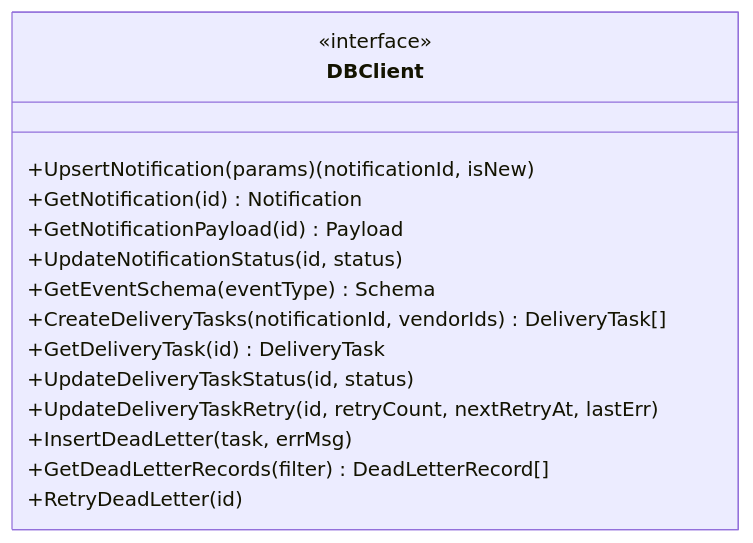
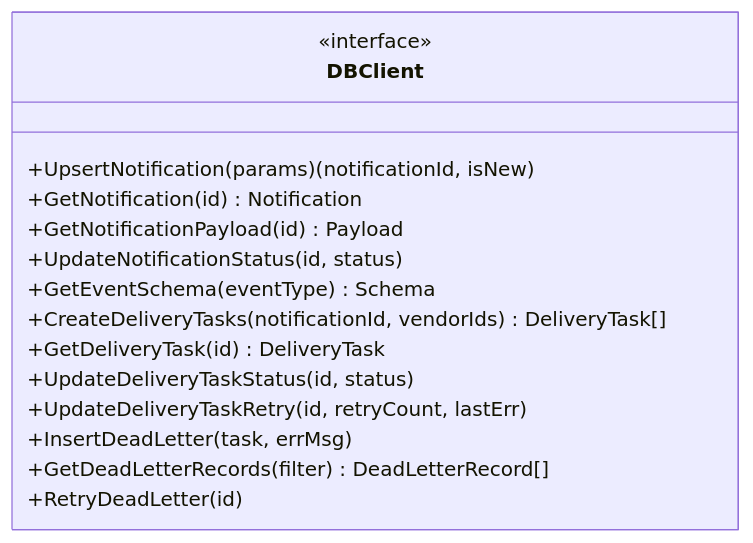
Diagram 17 of 20 in doc/requirements/202605-notification-design-dd.md (xnslong/rc_xnslong), drawn with Mermaid before and after one commit. The commit also changed other lines of this file, not shown here.

First line of the commit message:
docs(dd): 移除 next_retry_at 字段及相关索引

````diff
--- a/doc/requirements/202605-notification-design-dd.md
+++ b/doc/requirements/202605-notification-design-dd.md
@@ -1786,18 +1782,18 @@
 ```mermaid
 classDiagram
     class DBClient {
         <<interface>>
         +UpsertNotification(params) (notificationId, isNew)
         +GetNotification(id) Notification
         +GetNotificationPayload(id) Payload
         +UpdateNotificationStatus(id, status)
         +GetEventSchema(eventType) Schema
         +CreateDeliveryTasks(notificationId, vendorIds) DeliveryTask[]
         +GetDeliveryTask(id) DeliveryTask
         +UpdateDeliveryTaskStatus(id, status)
-        +UpdateDeliveryTaskRetry(id, retryCount, nextRetryAt, lastErr)
+        +UpdateDeliveryTaskRetry(id, retryCount, lastErr)
         +InsertDeadLetter(task, errMsg)
         +GetDeadLetterRecords(filter) DeadLetterRecord[]
         +RetryDeadLetter(id)
     }
 ```
````
